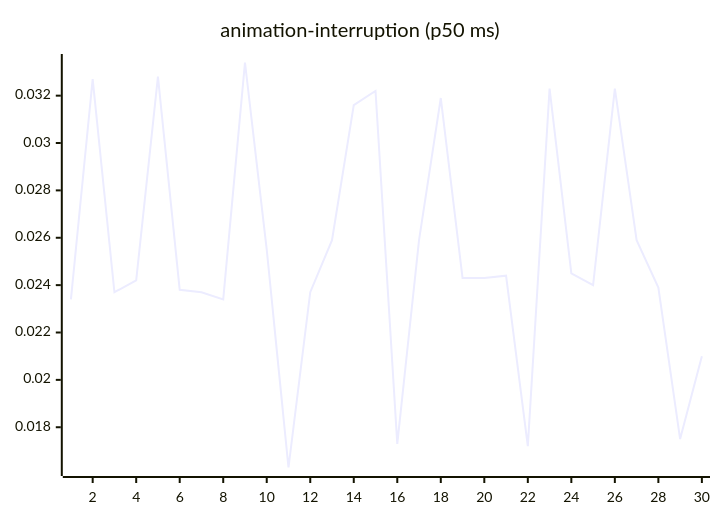
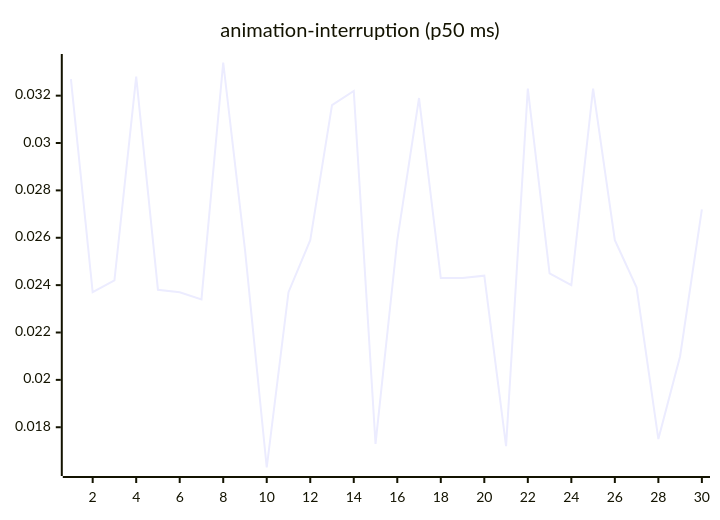
One commit to josha/Facet changed the third of 27 diagrams in README.md. Above: the diagram before and after it, drawn with Mermaid. The commit also changed other lines of this file and 2 other files, not shown here.

````diff
--- a/README.md
+++ b/README.md
@@ -77,6 +77,6 @@
 ```mermaid
 xychart-beta
     title "animation-interruption (p50 ms)"
     x-axis 1 --> 30
-    line [0.0234, 0.0327, 0.0237, 0.0242, 0.0328, 0.0238, 0.0237, 0.0234, 0.0334, 0.0255, 0.0163, 0.0237, 0.0259, 0.0316, 0.0322, 0.0173, 0.0259, 0.0319, 0.0243, 0.0243, 0.0244, 0.0172, 0.0323, 0.0245, 0.0240, 0.0323, 0.0259, 0.0239, 0.0175, 0.0210]
+    line [0.0327, 0.0237, 0.0242, 0.0328, 0.0238, 0.0237, 0.0234, 0.0334, 0.0255, 0.0163, 0.0237, 0.0259, 0.0316, 0.0322, 0.0173, 0.0259, 0.0319, 0.0243, 0.0243, 0.0244, 0.0172, 0.0323, 0.0245, 0.0240, 0.0323, 0.0259, 0.0239, 0.0175, 0.0210, 0.0272]
 ```
````
